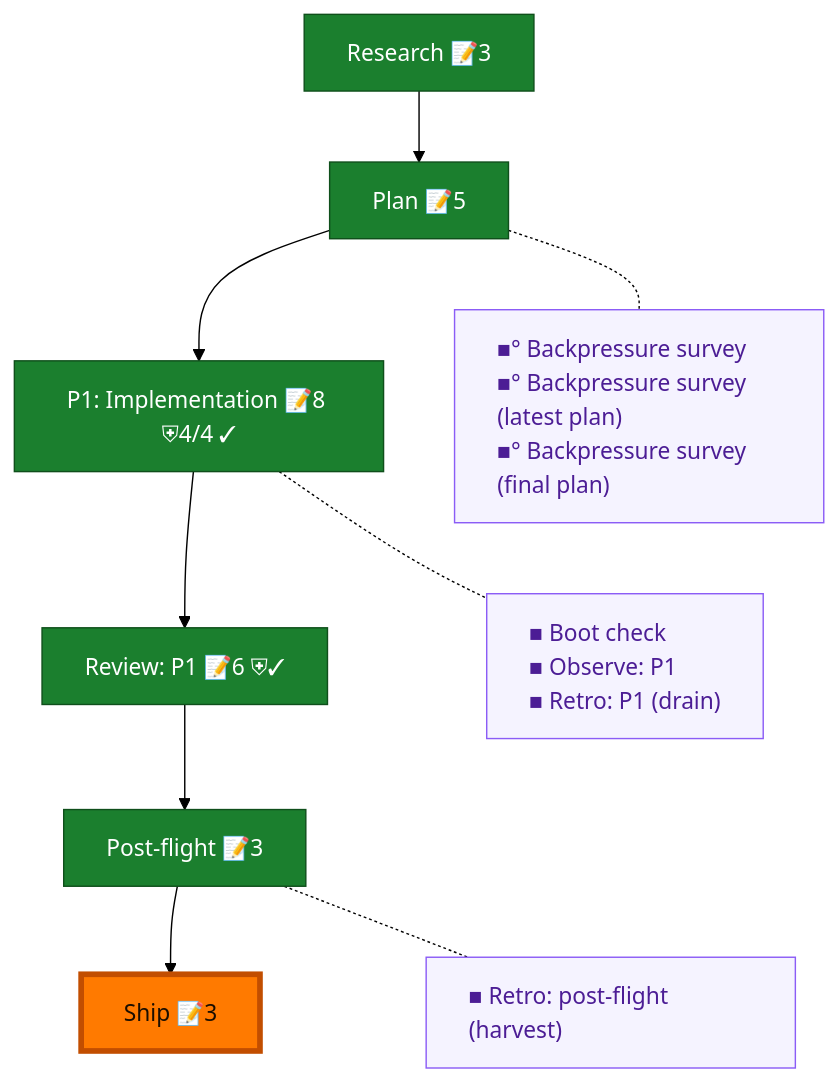
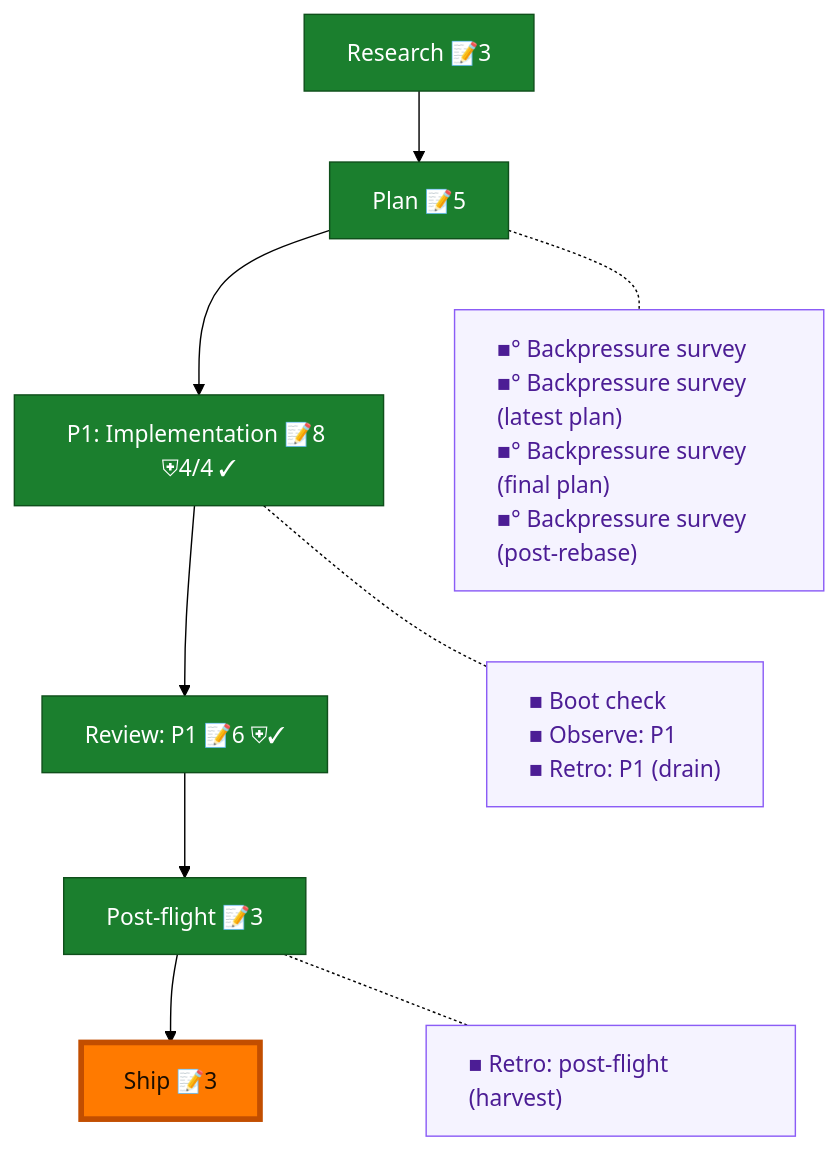
Before and after one commit to vaughanknight/pij: the diagram in docs/plans/archive/125-omp-statusline-name/the-flow.md, drawn with Mermaid (forest theme). The commit also changed other lines of this file and 6 other files, not shown here.

Commit message:
docs(plan): record post-rebase ship gate

````diff
--- a/docs/plans/archive/125-omp-statusline-name/the-flow.md
+++ b/docs/plans/archive/125-omp-statusline-name/the-flow.md
@@ -8,29 +8,29 @@
 ```mermaid
 flowchart TD
     research["Research 📝3"]:::done
     plan["Plan 📝5"]:::done
     phase_1["P1: Implementation 📝8 ⛨4/4 ✓"]:::done
     review_1["Review: P1 📝6 ⛨✓"]:::done
     post_flight["Post-flight 📝3"]:::done
     ship["Ship 📝3"]:::wip
 
     research --> plan --> phase_1 --> review_1 --> post_flight --> ship
 
-    planC["■° Backpressure survey<br/>■° Backpressure survey (latest plan)<br/>■° Backpressure survey (final plan)"]:::chore
+    planC["■° Backpressure survey<br/>■° Backpressure survey (latest plan)<br/>■° Backpressure survey (final plan)<br/>■° Backpressure survey (post-rebase)"]:::chore
     phase_1C["■ Boot check<br/>■ Observe: P1<br/>■ Retro: P1 (drain)"]:::chore
     post_flightC["■ Retro: post-flight (harvest)"]:::chore
 
     %% invisible chain holds the gutter boxes in their own column
     planC ~~~ phase_1C ~~~ post_flightC
 
     %% dotted links pull each gutter box beside its node
     plan -.- planC
     phase_1 -.- phase_1C
     post_flight -.- post_flightC
 
     classDef done fill:#1B7F2E,stroke:#0F4F1B,color:#fff;
     classDef wip fill:#43C04A,stroke:#1B7F2E,color:#04210A;
     classDef chore fill:#f5f3ff,stroke:#8b5cf6,color:#4c1d95,text-align:left;
     classDef current fill:#FF7A00,stroke:#C24E00,color:#1a0e00,stroke-width:4px;
     class ship current;
 ```
````
